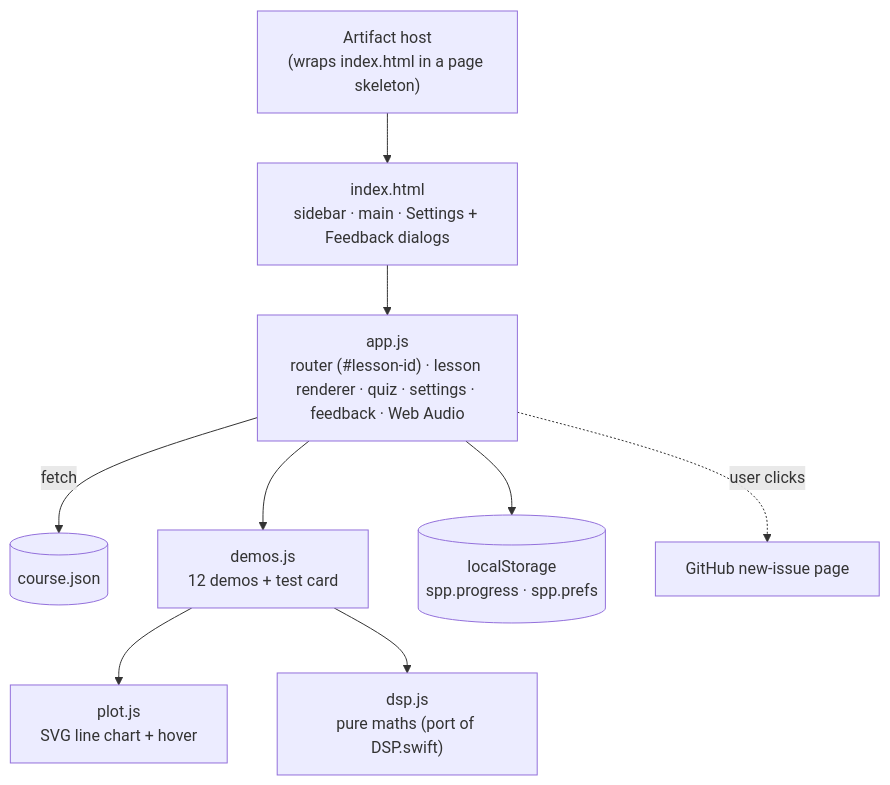
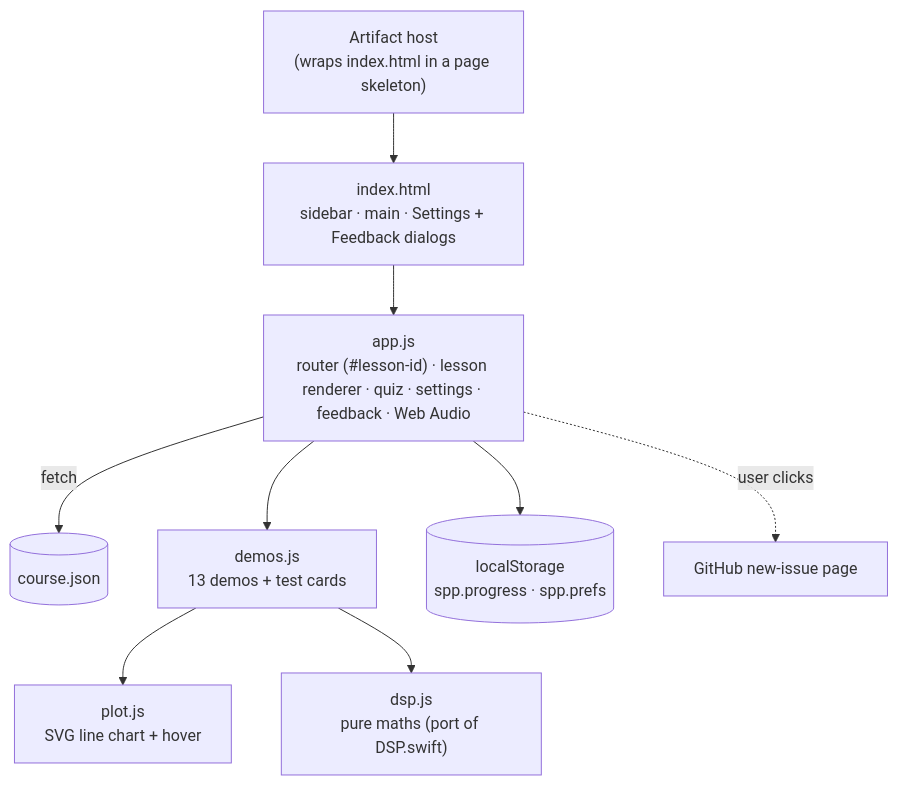
The third of 3 diagrams in docs/SYSTEM-DESIGN.md (amalmehta/SignalProcessingPrimer), drawn with Mermaid before and after one commit. The commit also changed other lines of this file and 22 other files, not shown here.

````diff
--- a/docs/SYSTEM-DESIGN.md
+++ b/docs/SYSTEM-DESIGN.md
@@ -141,11 +143,11 @@
 ```mermaid
 flowchart TB
     Host["Artifact host<br/>(wraps index.html in a page skeleton)"] --> Index["index.html<br/>sidebar · main · Settings + Feedback dialogs"]
     Index --> App["app.js<br/>router (#lesson-id) · lesson renderer · quiz · settings · feedback · Web Audio"]
     App -- "fetch" --> CJ[("course.json")]
-    App --> Demos["demos.js<br/>12 demos + test card"]
+    App --> Demos["demos.js<br/>13 demos + test cards"]
     Demos --> Plot["plot.js<br/>SVG line chart + hover"]
     Demos --> DSPjs["dsp.js<br/>pure maths (port of DSP.swift)"]
     App --> LS[("localStorage<br/>spp.progress · spp.prefs")]
     App -. "user clicks" .-> GH["GitHub new-issue page"]
 ```
````
